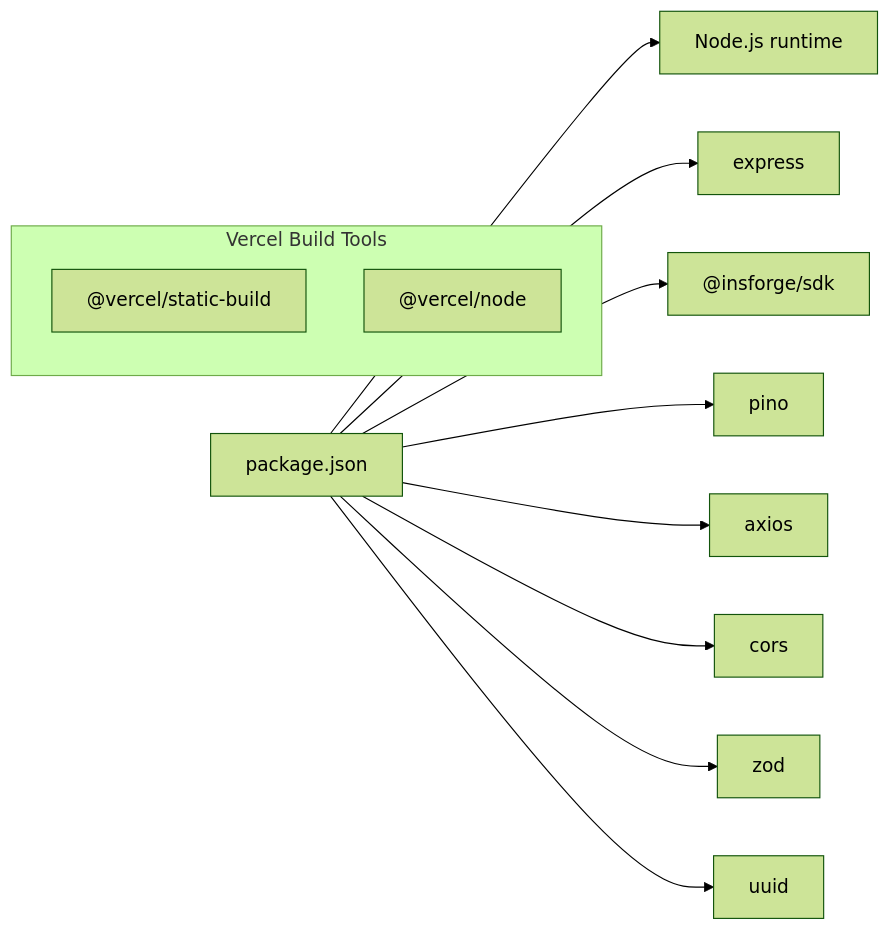
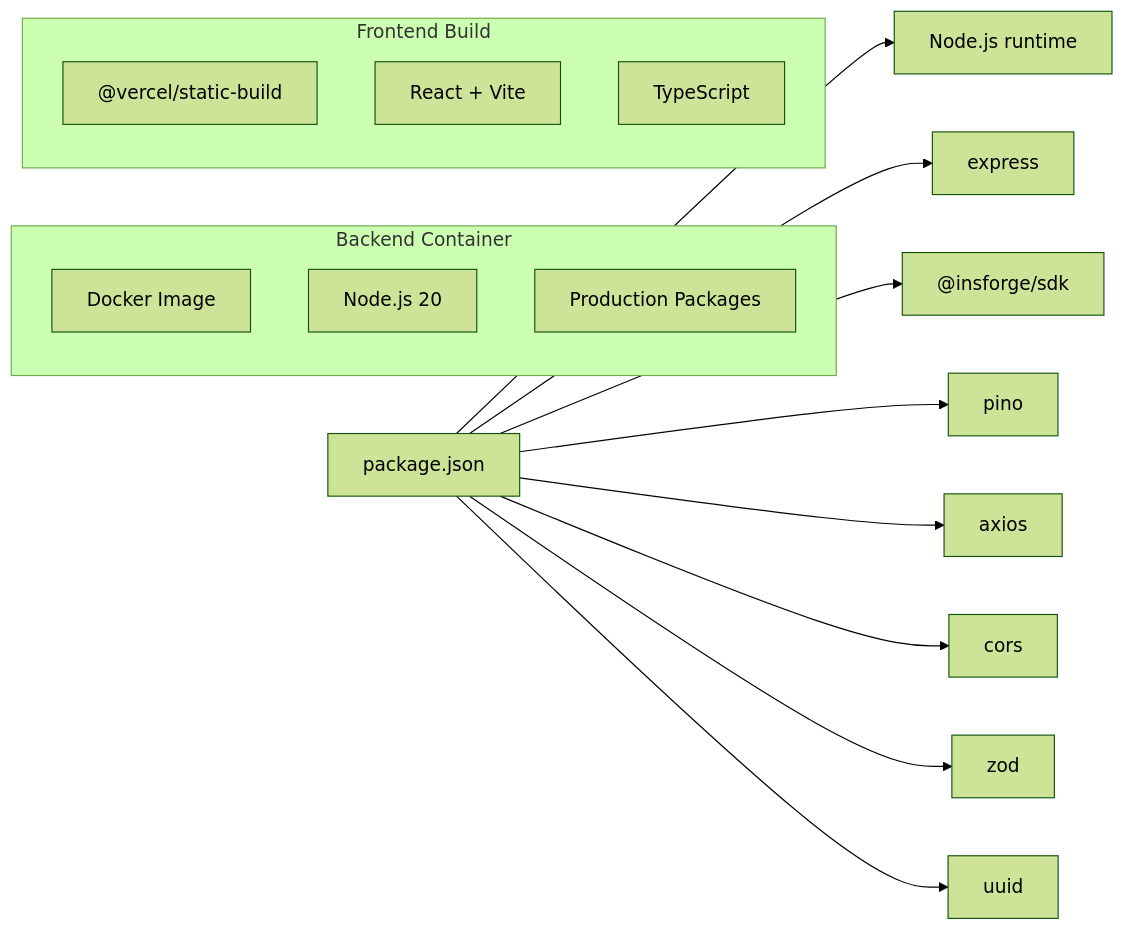
One commit to vishnusaibhosekar/ares changed the seventh of 7 diagrams in .qoder/repowiki/en/content/Deployment & Operations.md. Above: the diagram before and after it, drawn with Mermaid (forest theme). The commit also changed other lines of this file and 10 other files, not shown here.

````diff
--- a/.qoder/repowiki/en/content/Deployment & Operations.md
+++ b/.qoder/repowiki/en/content/Deployment & Operations.md
@@ -297,15 +329,21 @@
 ```mermaid
 graph LR
 P["package.json"] --> NPM["Node.js runtime"]
 P --> EXP["express"]
 P --> INS["@insforge/sdk"]
 P --> PINO["pino"]
 P --> AX["axios"]
 P --> CORS["cors"]
 P --> ZOD["zod"]
 P --> UU["uuid"]
-subgraph "Vercel Build Tools"
-V1["@vercel/static-build"]
-V2["@vercel/node"]
+subgraph "Backend Container"
+BC["Docker Image"]
+BN["Node.js 20"]
+BP["Production Packages"]
+end
+subgraph "Frontend Build"
+FB["@vercel/static-build"]
+FR["React + Vite"]
+FT["TypeScript"]
 end
 ```
````
